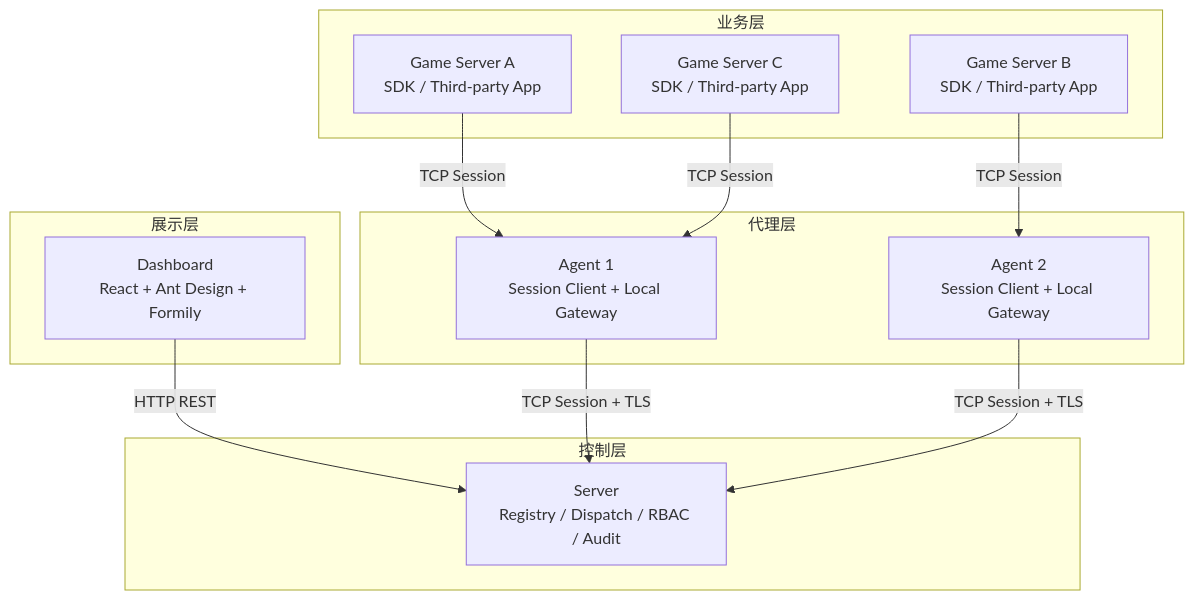
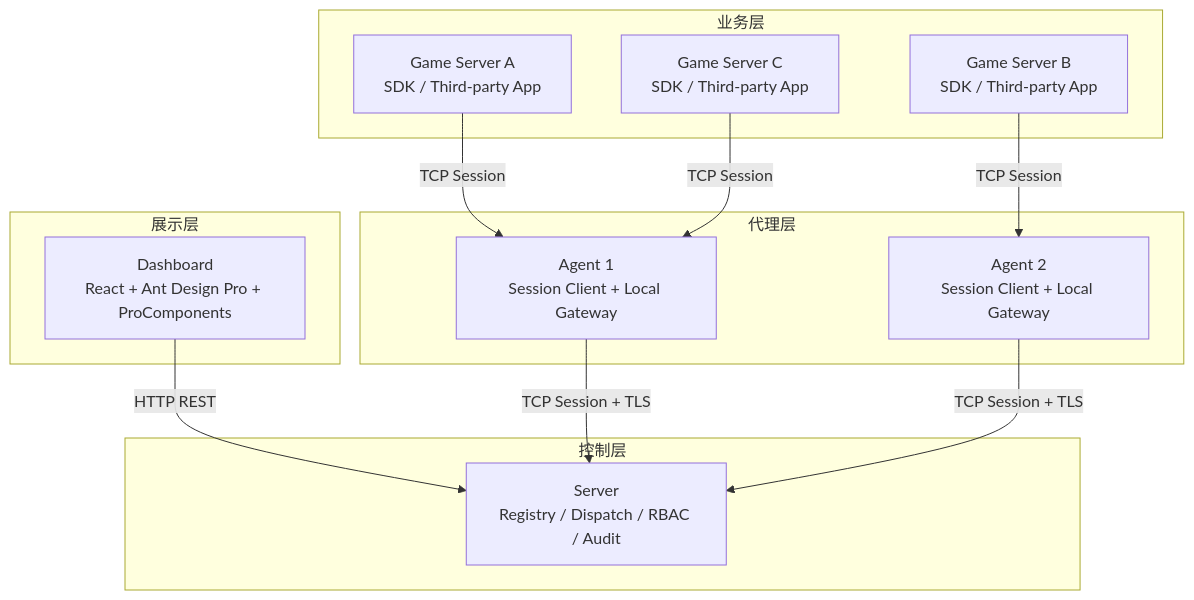
Before and after one commit to cuihairu/croupier: the diagram in README.md, drawn with Mermaid. The commit also changed other lines of this file and 53 other files, not shown here.

````diff
--- a/README.md
+++ b/README.md
@@ -55,28 +55,28 @@
 ```mermaid
 graph TB
   subgraph "展示层"
-    UI[Dashboard<br/>React + Ant Design + Formily]
+    UI[Dashboard<br/>React + Ant Design Pro + ProComponents]
   end
 
   subgraph "控制层"
     Server[Server<br/>Registry / Dispatch / RBAC / Audit]
   end
 
   subgraph "代理层"
     Agent1[Agent 1<br/>Session Client + Local Gateway]
     Agent2[Agent 2<br/>Session Client + Local Gateway]
   end
 
   subgraph "业务层"
     GS1[Game Server A<br/>SDK / Third-party App]
     GS2[Game Server B<br/>SDK / Third-party App]
     GS3[Game Server C<br/>SDK / Third-party App]
   end
 
   UI -->|HTTP REST| Server
   Agent1 -->|TCP Session + TLS| Server
   Agent2 -->|TCP Session + TLS| Server
   GS1 -->|TCP Session| Agent1
   GS2 -->|TCP Session| Agent2
   GS3 -->|TCP Session| Agent1
 ```
````
